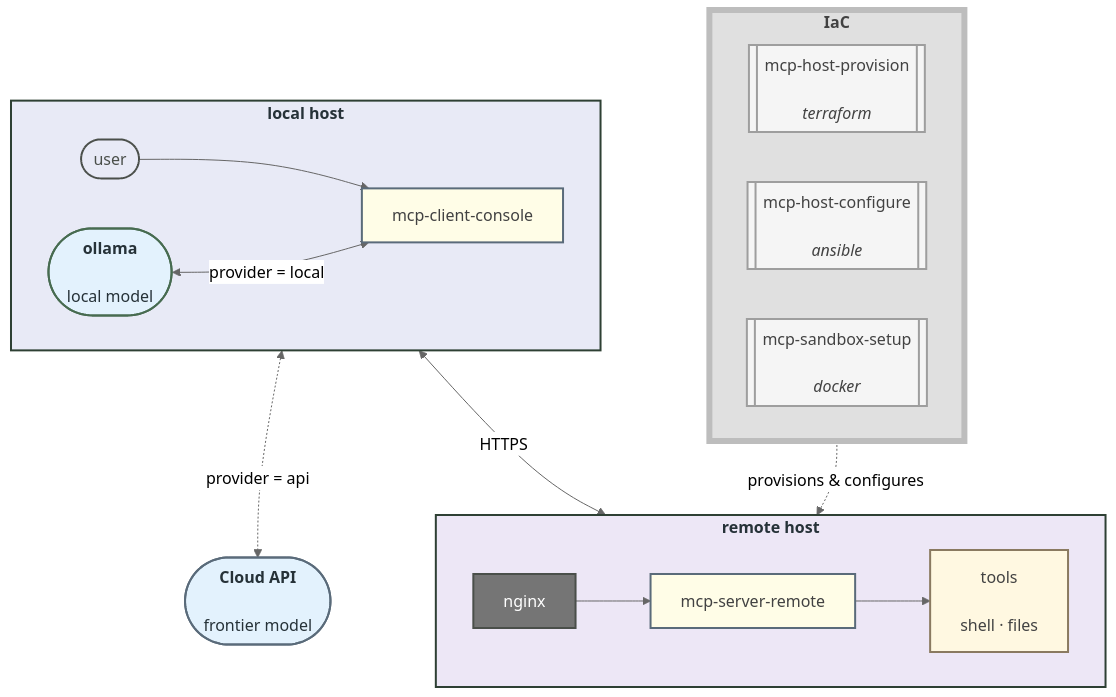
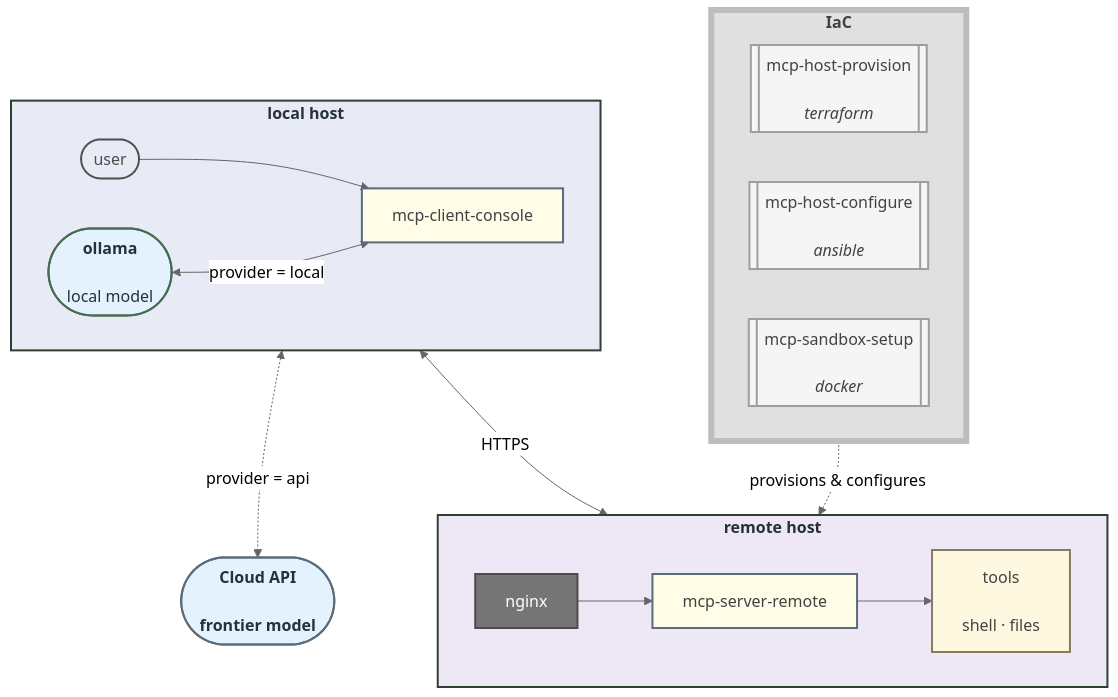
Before and after one commit to geomux/geomux: the diagram in README.md, drawn with Mermaid (neutral theme).

Commit message:
docs(README.md): updated mermaid flowchart for MCP AI Integration IaC Cloud stack with actual new lines in .md merimaid code, the oduble </br> di dnothing.

````diff
--- a/README.md
+++ b/README.md
@@ -15,38 +15,44 @@
 ```mermaid
 flowchart TB
     subgraph IAC["<b>IaC</b>"]
         direction LR
-        P[["mcp-host-provision<br/><br/><i>terraform</i>"]]:::iac
-        CF[["mcp-host-configure<br/><br/><i>ansible</i>"]]:::iac
-        SB[["mcp-sandbox-setup<br/><br/><i>docker</i>"]]:::iac
+        P[["mcp-host-provision
+        <br/><i>terraform</i>"]]:::iac
+        CF[["mcp-host-configure
+        <br/><i>ansible</i>"]]:::iac
+        SB[["mcp-sandbox-setup
+        <br/><i>docker</i>"]]:::iac
     end
 
     subgraph LHOST["<b>local host</b>"]
         direction LR
         U([user]):::me --> C["mcp-client-console"]:::pkg
-        M(["<b>ollama</b><br/><br/>local model"]):::model <-->|provider = local| C
+        M(["<b>ollama</b>
+        <br/>local model"]):::model <-->|provider = local| C
     end
 
     subgraph RHOST["<b>remote host</b>"]
         direction LR
-        N["nginx"]:::plumb --> S["mcp-server-remote"]:::pkg --> T["tools<br/><br/>shell · files"]:::tools
+        N["nginx"]:::plumb --> S["mcp-server-remote"]:::pkg --> T["tools
+        <br/>shell · files"]:::tools
     end
 
-    API(["<b>Cloud API</b><br/><br/>frontier model"]):::cloud
+    API(["<b>Cloud API
+    <br/>frontier model"]):::cloud
 
     IAC -.->|provisions & configures| RHOST
     C <-->|HTTPS| N
     C <-.->|provider = api| API
 
     classDef me fill:none,stroke:#4A4F4A,stroke-width:2px,color:#4A4F4A
     classDef pkg fill:#FFFDE7,stroke:#5A6B7A,stroke-width:2px,color:#424242
     classDef plumb fill:#757575,stroke:#4A4F4A,stroke-width:2px,color:#FFFFFF
     classDef tools fill:#FFF8E1,stroke:#8A7A60,stroke-width:2px,color:#424242
     classDef iac fill:#F5F5F5,stroke:#9E9E9E,stroke-width:2px,color:#424242
     classDef model fill:#E3F2FD,stroke:#476B50,stroke-width:2px,color:#263238
     classDef cloud fill:#E3F2FD,stroke:#5A6B7A,stroke-width:2px,color:#263238
     style RHOST fill:#EDE7F6,stroke:#2E4034,stroke-width:2px,color:#263238
     style LHOST fill:#E8EAF6,stroke:#2E4034,stroke-width:2px,color:#263238
     style IAC fill:#E0E0E0,stroke:#BDBDBD,stroke-width:6px,color:#424242
 
 ```
````
